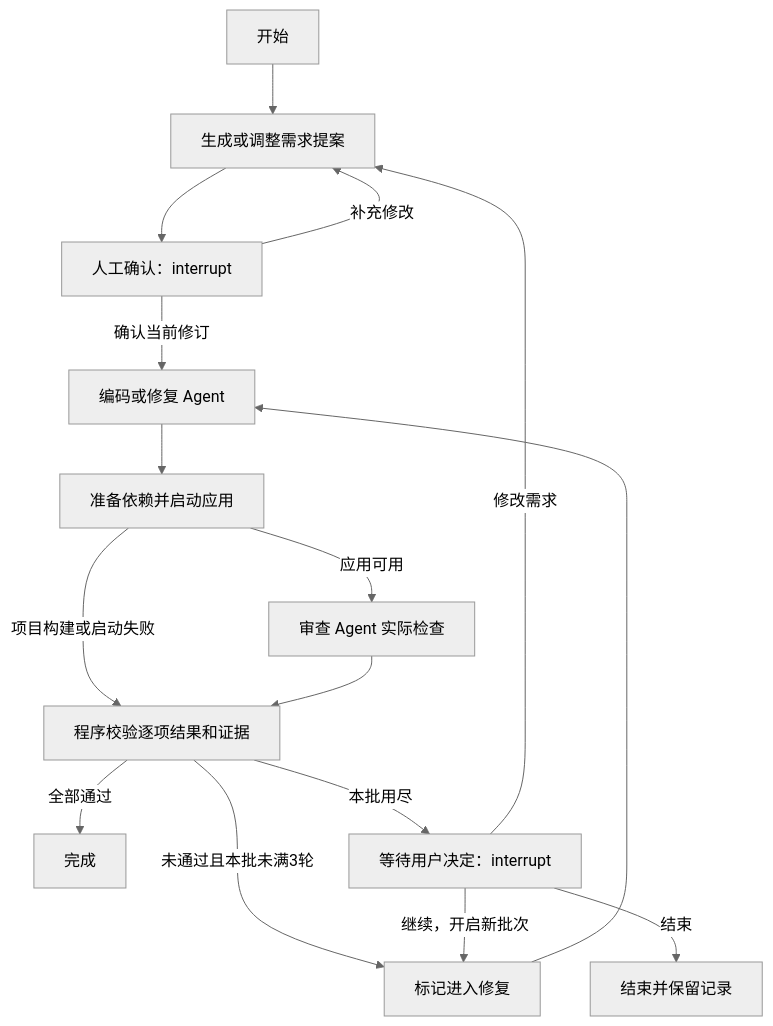
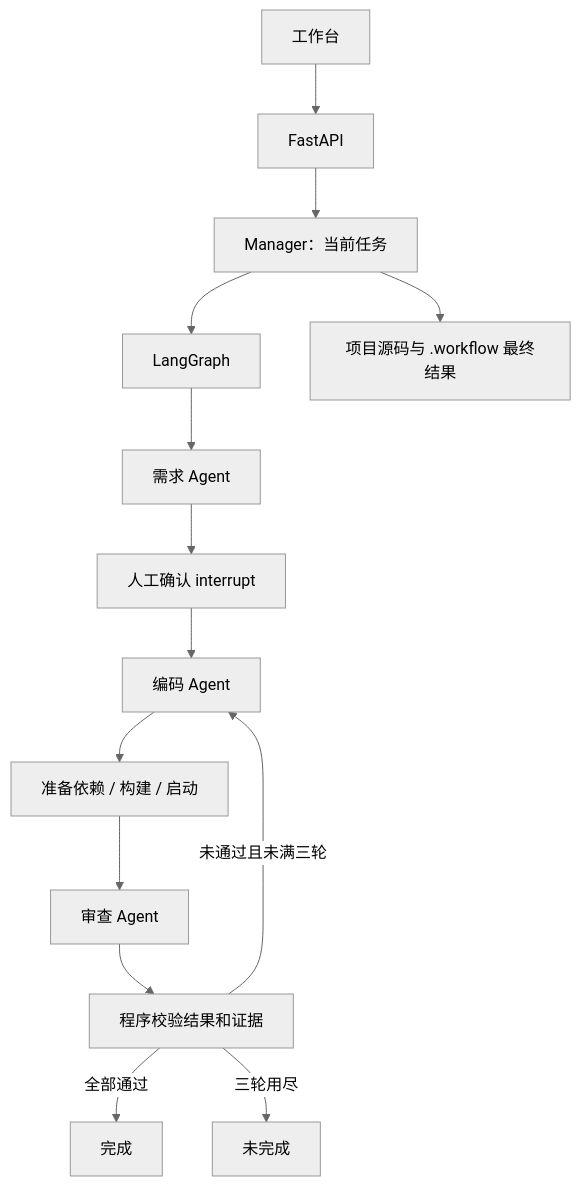
The diagram in docs/design.md (KCxuan/swe-workflow), drawn with Mermaid (neutral theme) before and after one commit. The commit also changed other lines of this file and 27 other files, not shown here.

````diff
--- a/docs/design.md
+++ b/docs/design.md
@@ -128,18 +9,16 @@
 ```mermaid
 flowchart TD
-    S[开始] --> P[生成或调整需求提案]
-    P --> A[人工确认：interrupt]
-    A -->|补充修改| P
-    A -->|确认当前修订| C[编码或修复 Agent]
-    C --> E[准备依赖并启动应用]
-    E -->|应用可用| R[审查 Agent 实际检查]
-    E -->|项目构建或启动失败| V[程序校验逐项结果和证据]
-    R --> V
-    V -->|全部通过| D[完成]
-    V -->|未通过且本批未满3轮| B[标记进入修复]
-    B --> C
-    V -->|本批用尽| W[等待用户决定：interrupt]
-    W -->|继续，开启新批次| B
-    W -->|修改需求| P
-    W -->|结束| T[结束并保留记录]
+    UI[工作台] --> API[FastAPI]
+    API --> M[Manager：当前任务]
+    M --> G[LangGraph]
+    G --> P[需求 Agent]
+    P --> H[人工确认 interrupt]
+    H --> C[编码 Agent]
+    C --> S[准备依赖 / 构建 / 启动]
+    S --> R[审查 Agent]
+    R --> V[程序校验结果和证据]
+    V -->|全部通过| E[完成]
+    V -->|未通过且未满三轮| C
+    V -->|三轮用尽| F[未完成]
+    M --> Files[项目源码与 .workflow 最终结果]
 ```
````
